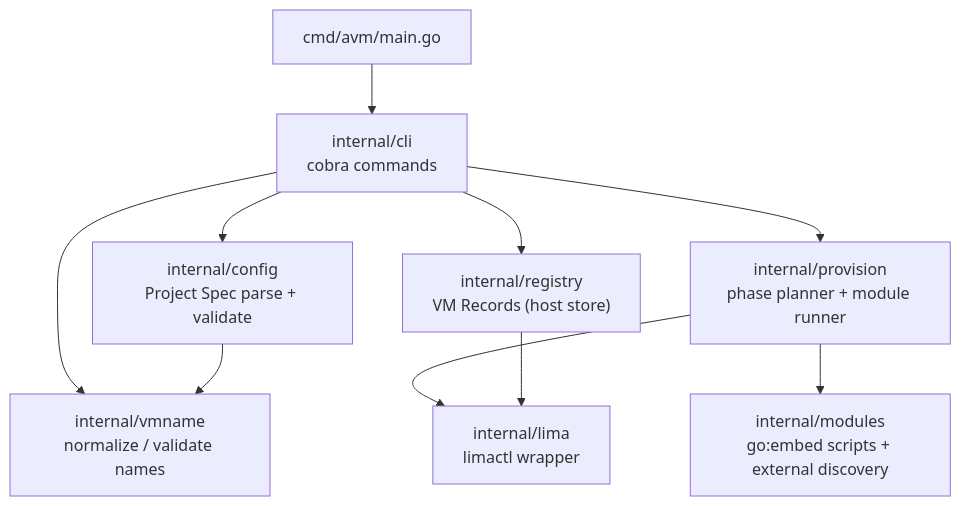
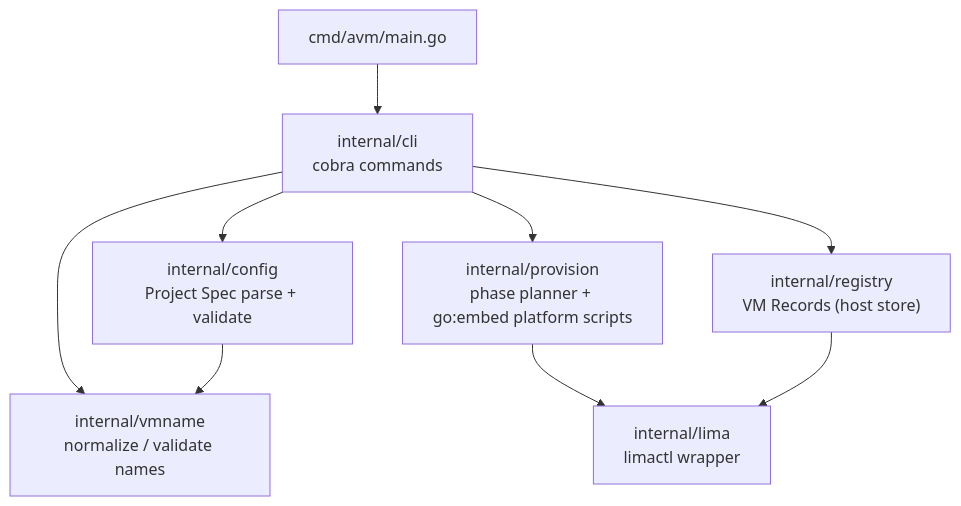
One commit to MikD1/agent-vm changed the second of 6 diagrams in docs/architecture.md. Above: the diagram before and after it, drawn with Mermaid. The commit also changed other lines of this file and 3 other files, not shown here.

First line of the commit message:
docs: describe mise-based modules, files, and scripts

````diff
--- a/docs/architecture.md
+++ b/docs/architecture.md
@@ -77,21 +79,19 @@
 ```mermaid
 graph TD
     main["cmd/avm/main.go"]
     cli["internal/cli<br/>cobra commands"]
     config["internal/config<br/>Project Spec parse + validate"]
     registry["internal/registry<br/>VM Records (host store)"]
     lima["internal/lima<br/>limactl wrapper"]
-    provision["internal/provision<br/>phase planner + module runner"]
-    modules["internal/modules<br/>go:embed scripts + external discovery"]
+    provision["internal/provision<br/>phase planner + go:embed platform scripts"]
     vmname["internal/vmname<br/>normalize / validate names"]
 
     main --> cli
     cli --> config
     cli --> registry
     cli --> provision
     cli --> vmname
     provision --> lima
-    provision --> modules
     registry --> lima
     config --> vmname
 ```
````
